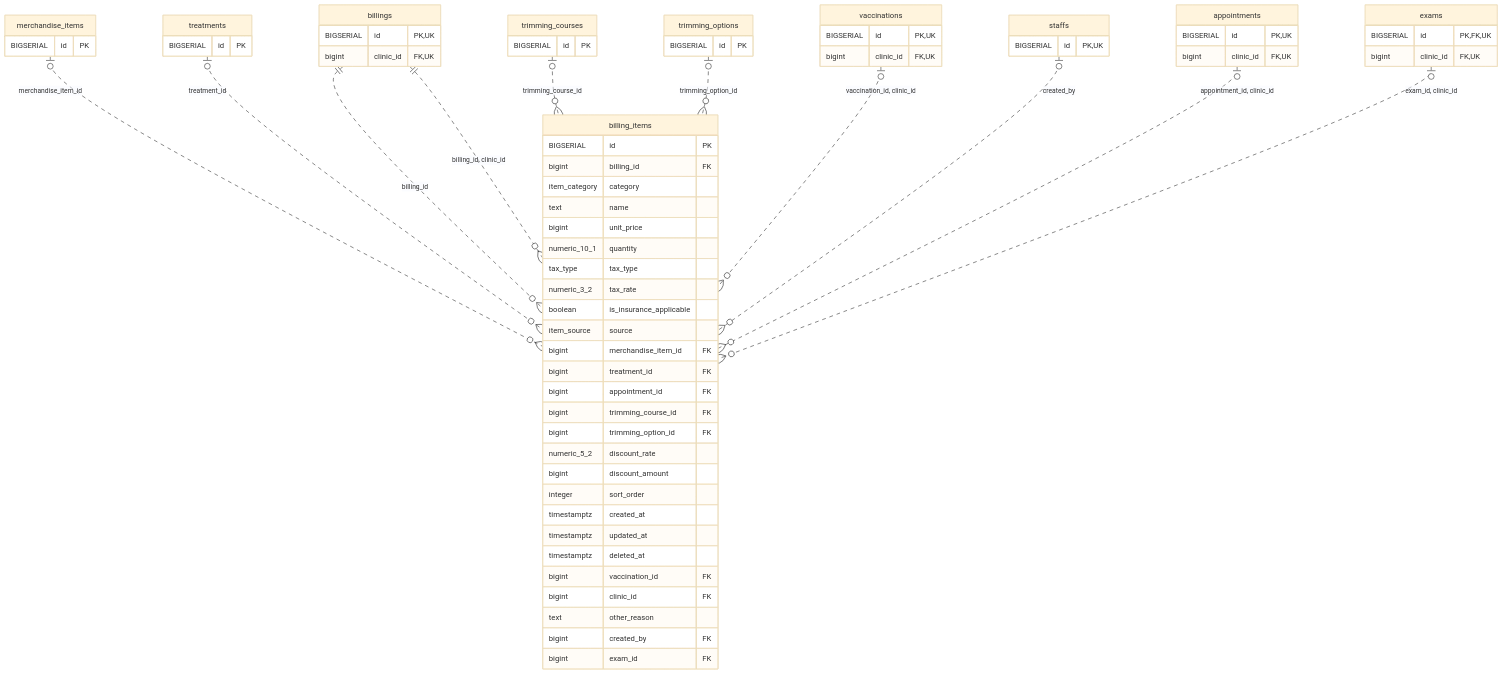
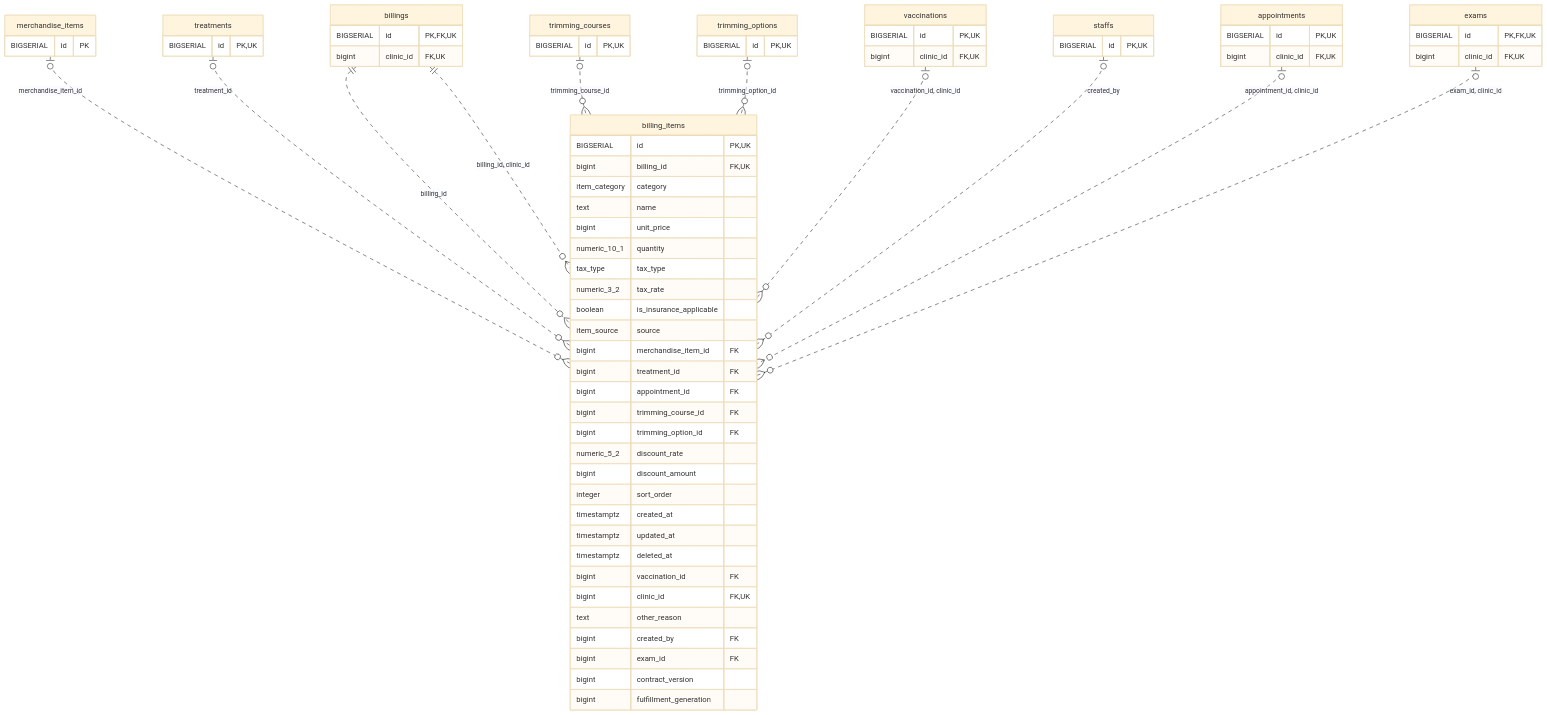
Before and after one commit to MinoruSoga/AnimalEkarte: the diagram in docs/architecture/erd-detail/billing_items.md, drawn with Mermaid (base theme). The commit also changed other lines of this file and 51 other files, not shown here.

````diff
--- a/docs/architecture/erd-detail/billing_items.md
+++ b/docs/architecture/erd-detail/billing_items.md
@@ -49,72 +51,74 @@
 ```mermaid
 erDiagram
     billing_items {
-        BIGSERIAL id PK
-        bigint billing_id FK
+        BIGSERIAL id PK,UK
+        bigint billing_id FK,UK
         item_category category
         text name
         bigint unit_price
         numeric_10_1 quantity
         tax_type tax_type
         numeric_3_2 tax_rate
         boolean is_insurance_applicable
         item_source source
         bigint merchandise_item_id FK
         bigint treatment_id FK
         bigint appointment_id FK
         bigint trimming_course_id FK
         bigint trimming_option_id FK
         numeric_5_2 discount_rate
         bigint discount_amount
         integer sort_order
         timestamptz created_at
         timestamptz updated_at
         timestamptz deleted_at
         bigint vaccination_id FK
-        bigint clinic_id FK
+        bigint clinic_id FK,UK
         text other_reason
         bigint created_by FK
         bigint exam_id FK
+        bigint contract_version
+        bigint fulfillment_generation
     }
     appointments {
         BIGSERIAL id PK,UK
         bigint clinic_id FK,UK
     }
     billings {
-        BIGSERIAL id PK,UK
+        BIGSERIAL id PK,FK,UK
         bigint clinic_id FK,UK
     }
     exams {
         BIGSERIAL id PK,FK,UK
         bigint clinic_id FK,UK
     }
     merchandise_items {
         BIGSERIAL id PK
     }
     staffs {
         BIGSERIAL id PK,UK
     }
     treatments {
-        BIGSERIAL id PK
+        BIGSERIAL id PK,UK
     }
     trimming_courses {
-        BIGSERIAL id PK
+        BIGSERIAL id PK,UK
     }
     trimming_options {
-        BIGSERIAL id PK
+        BIGSERIAL id PK,UK
     }
     vaccinations {
         BIGSERIAL id PK,UK
         bigint clinic_id FK,UK
     }
     billings ||..o{ billing_items : "billing_id"
     merchandise_items o|..o{ billing_items : "merchandise_item_id"
     treatments o|..o{ billing_items : "treatment_id"
     trimming_courses o|..o{ billing_items : "trimming_course_id"
     trimming_options o|..o{ billing_items : "trimming_option_id"
     billings ||..o{ billing_items : "billing_id, clinic_id"
     vaccinations o|..o{ billing_items : "vaccination_id, clinic_id"
     staffs o|..o{ billing_items : "created_by"
     appointments o|..o{ billing_items : "appointment_id, clinic_id"
     exams o|..o{ billing_items : "exam_id, clinic_id"
 ```
````
